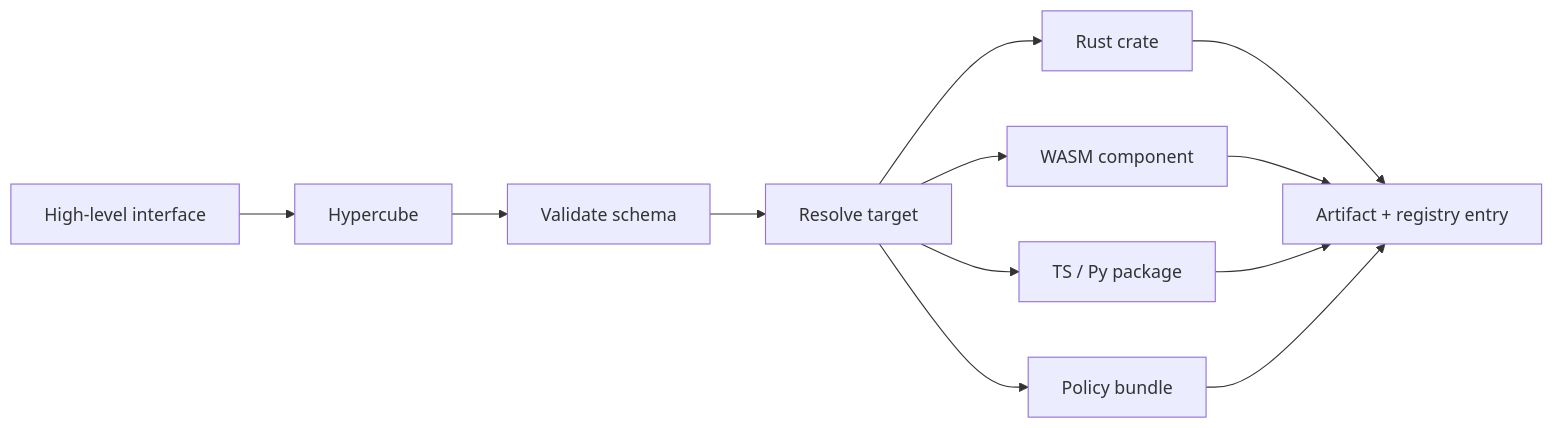
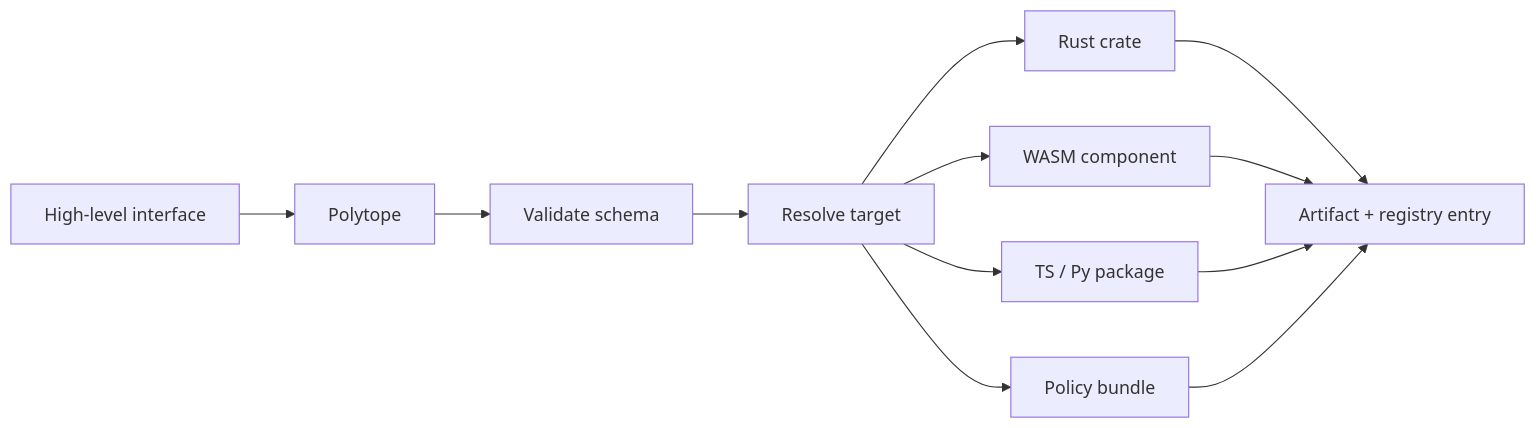
One commit to luckgrid/wfos changed the diagram in docs/package-translator.md. Above: the diagram before and after it, drawn with Mermaid. The commit also changed other lines of this file and 264 other files, not shown here.

````diff
--- a/docs/package-translator.md
+++ b/docs/package-translator.md
@@ -28,14 +28,14 @@
 ```mermaid
 flowchart LR
-  A[High-level interface] --> B[Hypercube]
+  A[High-level interface] --> B[Polytope]
   B --> C[Validate schema]
   C --> D[Resolve target]
   D --> E[Rust crate]
   D --> F[WASM component]
   D --> G[TS / Py package]
   D --> H[Policy bundle]
   E --> L[Artifact + registry entry]
   F --> L
   G --> L
   H --> L
 ```
````
